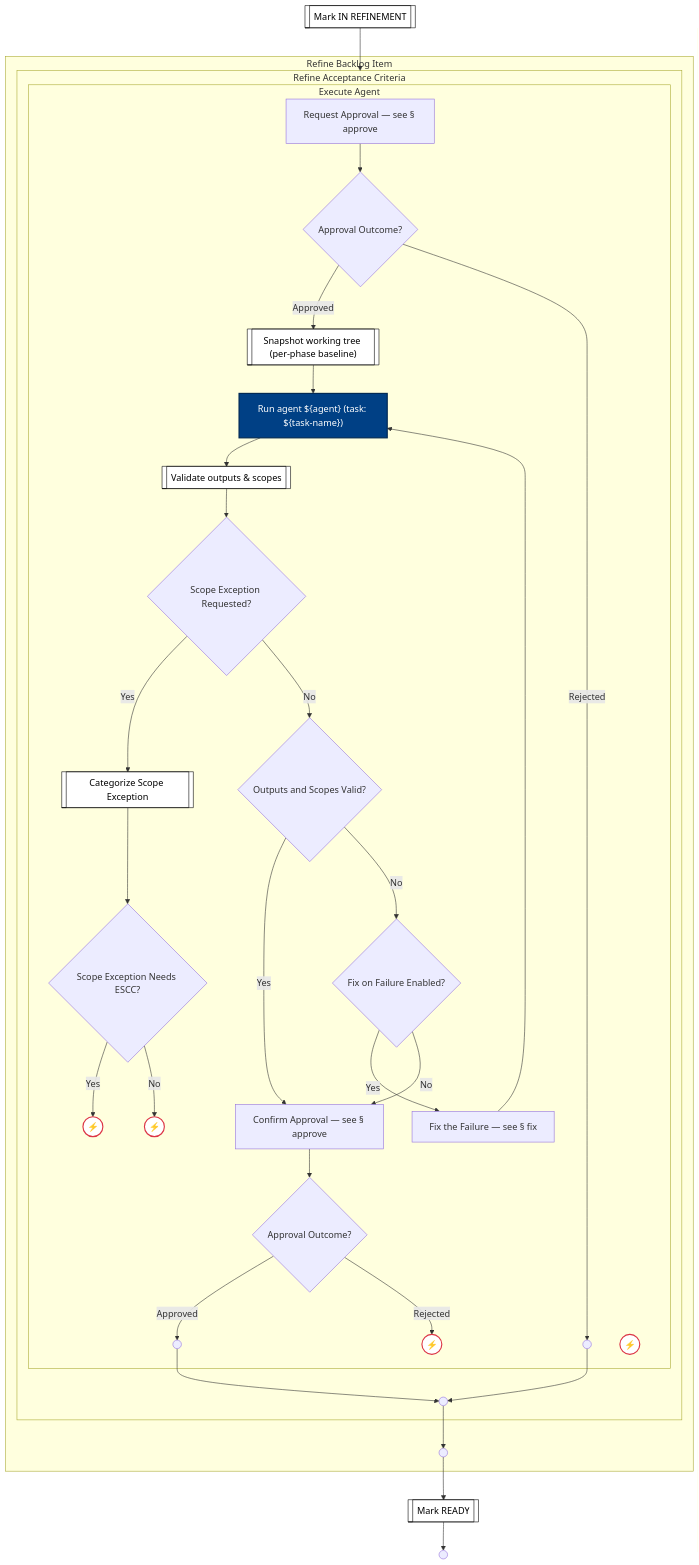
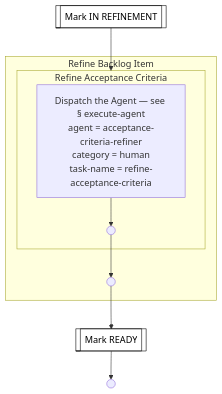
One commit to optivem/gh-optivem changed the third of 5 diagrams in docs/process-diagram-expanded.md. Above: the diagram before and after it, drawn with Mermaid. The commit also changed other lines of this file and 2 other files, not shown here.

Commit message:
diagram: cap process-diagram-expanded to depth=2; fix CI staleness check for expanded file

````diff
--- a/docs/process-diagram-expanded.md
+++ b/docs/process-diagram-expanded.md
@@ -306,68 +163,22 @@
 ```mermaid
 flowchart TD
     MARK_IN_REFINEMENT[[Mark IN REFINEMENT]]
     MARK_READY[[Mark READY]]
     REFINE_TICKET_END(( ))
     subgraph REFINE_BACKLOG_ITEM[Refine Backlog Item]
     REFINE_BACKLOG_ITEM__REFINE_BACKLOG_ITEM_END(( ))
     subgraph REFINE_BACKLOG_ITEM__REFINE_ACCEPTANCE_CRITERIA[Refine Acceptance Criteria]
+    REFINE_BACKLOG_ITEM__REFINE_ACCEPTANCE_CRITERIA__EXECUTE_AGENT["Dispatch the Agent — see § execute-agent<br/>agent = acceptance-criteria-refiner<br/>category = human<br/>task-name = refine-acceptance-criteria"]
     REFINE_BACKLOG_ITEM__REFINE_ACCEPTANCE_CRITERIA__REFINE_AC_END(( ))
-    subgraph REFINE_BACKLOG_ITEM__REFINE_ACCEPTANCE_CRITERIA__EXECUTE_AGENT[Execute Agent]
-    REFINE_BACKLOG_ITEM__REFINE_ACCEPTANCE_CRITERIA__EXECUTE_AGENT__APPROVE_PRE[Request Approval — see § approve]
-    REFINE_BACKLOG_ITEM__REFINE_ACCEPTANCE_CRITERIA__EXECUTE_AGENT__GATE_APPROVED_PRE{Approval Outcome?}
-    REFINE_BACKLOG_ITEM__REFINE_ACCEPTANCE_CRITERIA__EXECUTE_AGENT__SNAPSHOT_WORKING_TREE[["Snapshot working tree (per-phase baseline)"]]
-    REFINE_BACKLOG_ITEM__REFINE_ACCEPTANCE_CRITERIA__EXECUTE_AGENT__EXECUTE_AGENT_REJECTED_END(( ))
-    REFINE_BACKLOG_ITEM__REFINE_ACCEPTANCE_CRITERIA__EXECUTE_AGENT__RUN_AGENT["Run agent ${agent} (task: ${task-name})"]
-    REFINE_BACKLOG_ITEM__REFINE_ACCEPTANCE_CRITERIA__EXECUTE_AGENT__VALIDATE_OUTPUTS_AND_SCOPES[["Validate outputs & scopes"]]
-    REFINE_BACKLOG_ITEM__REFINE_ACCEPTANCE_CRITERIA__EXECUTE_AGENT__GATE_SCOPE_EXCEPTION_REQUESTED{Scope Exception Requested?}
-    REFINE_BACKLOG_ITEM__REFINE_ACCEPTANCE_CRITERIA__EXECUTE_AGENT__CATEGORIZE_SCOPE_EXCEPTION[[Categorize Scope Exception]]
-    REFINE_BACKLOG_ITEM__REFINE_ACCEPTANCE_CRITERIA__EXECUTE_AGENT__GATE_OUTPUTS_AND_SCOPES_VALID{Outputs and Scopes Valid?}
-    REFINE_BACKLOG_ITEM__REFINE_ACCEPTANCE_CRITERIA__EXECUTE_AGENT__GATE_SCOPE_EXCEPTION_NEEDS_ESCC{Scope Exception Needs ESCC?}
-    REFINE_BACKLOG_ITEM__REFINE_ACCEPTANCE_CRITERIA__EXECUTE_AGENT__APPROVE_POST[Confirm Approval — see § approve]
-    REFINE_BACKLOG_ITEM__REFINE_ACCEPTANCE_CRITERIA__EXECUTE_AGENT__GATE_FIX_ON_FAILURE{Fix on Failure Enabled?}
-    REFINE_BACKLOG_ITEM__REFINE_ACCEPTANCE_CRITERIA__EXECUTE_AGENT__ESCC_UNDECLARED_HALT((⚡))
-    REFINE_BACKLOG_ITEM__REFINE_ACCEPTANCE_CRITERIA__EXECUTE_AGENT__STOP_SCOPE_VIOLATION((⚡))
-    REFINE_BACKLOG_ITEM__REFINE_ACCEPTANCE_CRITERIA__EXECUTE_AGENT__GATE_APPROVED_POST{Approval Outcome?}
-    REFINE_BACKLOG_ITEM__REFINE_ACCEPTANCE_CRITERIA__EXECUTE_AGENT__FIX[Fix the Failure — see § fix]
-    REFINE_BACKLOG_ITEM__REFINE_ACCEPTANCE_CRITERIA__EXECUTE_AGENT__EXECUTE_AGENT_END(( ))
-    REFINE_BACKLOG_ITEM__REFINE_ACCEPTANCE_CRITERIA__EXECUTE_AGENT__EXECUTE_AGENT_OUTPUT_REJECTED_END((⚡))
-    REFINE_BACKLOG_ITEM__REFINE_ACCEPTANCE_CRITERIA__EXECUTE_AGENT__AGENT_FIX_EXHAUSTED((⚡))
-    end
     end
     end
 
-    REFINE_BACKLOG_ITEM__REFINE_ACCEPTANCE_CRITERIA__EXECUTE_AGENT__APPROVE_PRE --> REFINE_BACKLOG_ITEM__REFINE_ACCEPTANCE_CRITERIA__EXECUTE_AGENT__GATE_APPROVED_PRE
-    REFINE_BACKLOG_ITEM__REFINE_ACCEPTANCE_CRITERIA__EXECUTE_AGENT__GATE_APPROVED_PRE -- Approved --> REFINE_BACKLOG_ITEM__REFINE_ACCEPTANCE_CRITERIA__EXECUTE_AGENT__SNAPSHOT_WORKING_TREE
-    REFINE_BACKLOG_ITEM__REFINE_ACCEPTANCE_CRITERIA__EXECUTE_AGENT__GATE_APPROVED_PRE -- Rejected --> REFINE_BACKLOG_ITEM__REFINE_ACCEPTANCE_CRITERIA__EXECUTE_AGENT__EXECUTE_AGENT_REJECTED_END
-    REFINE_BACKLOG_ITEM__REFINE_ACCEPTANCE_CRITERIA__EXECUTE_AGENT__SNAPSHOT_WORKING_TREE --> REFINE_BACKLOG_ITEM__REFINE_ACCEPTANCE_CRITERIA__EXECUTE_AGENT__RUN_AGENT
-    REFINE_BACKLOG_ITEM__REFINE_ACCEPTANCE_CRITERIA__EXECUTE_AGENT__RUN_AGENT --> REFINE_BACKLOG_ITEM__REFINE_ACCEPTANCE_CRITERIA__EXECUTE_AGENT__VALIDATE_OUTPUTS_AND_SCOPES
-    REFINE_BACKLOG_ITEM__REFINE_ACCEPTANCE_CRITERIA__EXECUTE_AGENT__VALIDATE_OUTPUTS_AND_SCOPES --> REFINE_BACKLOG_ITEM__REFINE_ACCEPTANCE_CRITERIA__EXECUTE_AGENT__GATE_SCOPE_EXCEPTION_REQUESTED
-    REFINE_BACKLOG_ITEM__REFINE_ACCEPTANCE_CRITERIA__EXECUTE_AGENT__GATE_SCOPE_EXCEPTION_REQUESTED -- Yes --> REFINE_BACKLOG_ITEM__REFINE_ACCEPTANCE_CRITERIA__EXECUTE_AGENT__CATEGORIZE_SCOPE_EXCEPTION
-    REFINE_BACKLOG_ITEM__REFINE_ACCEPTANCE_CRITERIA__EXECUTE_AGENT__GATE_SCOPE_EXCEPTION_REQUESTED -- No --> REFINE_BACKLOG_ITEM__REFINE_ACCEPTANCE_CRITERIA__EXECUTE_AGENT__GATE_OUTPUTS_AND_SCOPES_VALID
-    REFINE_BACKLOG_ITEM__REFINE_ACCEPTANCE_CRITERIA__EXECUTE_AGENT__CATEGORIZE_SCOPE_EXCEPTION --> REFINE_BACKLOG_ITEM__REFINE_ACCEPTANCE_CRITERIA__EXECUTE_AGENT__GATE_SCOPE_EXCEPTION_NEEDS_ESCC
-    REFINE_BACKLOG_ITEM__REFINE_ACCEPTANCE_CRITERIA__EXECUTE_AGENT__GATE_SCOPE_EXCEPTION_NEEDS_ESCC -- Yes --> REFINE_BACKLOG_ITEM__REFINE_ACCEPTANCE_CRITERIA__EXECUTE_AGENT__ESCC_UNDECLARED_HALT
-    REFINE_BACKLOG_ITEM__REFINE_ACCEPTANCE_CRITERIA__EXECUTE_AGENT__GATE_SCOPE_EXCEPTION_NEEDS_ESCC -- No --> REFINE_BACKLOG_ITEM__REFINE_ACCEPTANCE_CRITERIA__EXECUTE_AGENT__STOP_SCOPE_VIOLATION
-    REFINE_BACKLOG_ITEM__REFINE_ACCEPTANCE_CRITERIA__EXECUTE_AGENT__GATE_OUTPUTS_AND_SCOPES_VALID -- Yes --> REFINE_BACKLOG_ITEM__REFINE_ACCEPTANCE_CRITERIA__EXECUTE_AGENT__APPROVE_POST
-    REFINE_BACKLOG_ITEM__REFINE_ACCEPTANCE_CRITERIA__EXECUTE_AGENT__GATE_OUTPUTS_AND_SCOPES_VALID -- No --> REFINE_BACKLOG_ITEM__REFINE_ACCEPTANCE_CRITERIA__EXECUTE_AGENT__GATE_FIX_ON_FAILURE
-    REFINE_BACKLOG_ITEM__REFINE_ACCEPTANCE_CRITERIA__EXECUTE_AGENT__GATE_FIX_ON_FAILURE -- Yes --> REFINE_BACKLOG_ITEM__REFINE_ACCEPTANCE_CRITERIA__EXECUTE_AGENT__FIX
-    REFINE_BACKLOG_ITEM__REFINE_ACCEPTANCE_CRITERIA__EXECUTE_AGENT__GATE_FIX_ON_FAILURE -- No --> REFINE_BACKLOG_ITEM__REFINE_ACCEPTANCE_CRITERIA__EXECUTE_AGENT__APPROVE_POST
-    REFINE_BACKLOG_ITEM__REFINE_ACCEPTANCE_CRITERIA__EXECUTE_AGENT__FIX --> REFINE_BACKLOG_ITEM__REFINE_ACCEPTANCE_CRITERIA__EXECUTE_AGENT__RUN_AGENT
-    REFINE_BACKLOG_ITEM__REFINE_ACCEPTANCE_CRITERIA__EXECUTE_AGENT__APPROVE_POST --> REFINE_BACKLOG_ITEM__REFINE_ACCEPTANCE_CRITERIA__EXECUTE_AGENT__GATE_APPROVED_POST
-    REFINE_BACKLOG_ITEM__REFINE_ACCEPTANCE_CRITERIA__EXECUTE_AGENT__GATE_APPROVED_POST -- Approved --> REFINE_BACKLOG_ITEM__REFINE_ACCEPTANCE_CRITERIA__EXECUTE_AGENT__EXECUTE_AGENT_END
-    REFINE_BACKLOG_ITEM__REFINE_ACCEPTANCE_CRITERIA__EXECUTE_AGENT__GATE_APPROVED_POST -- Rejected --> REFINE_BACKLOG_ITEM__REFINE_ACCEPTANCE_CRITERIA__EXECUTE_AGENT__EXECUTE_AGENT_OUTPUT_REJECTED_END
-    REFINE_BACKLOG_ITEM__REFINE_ACCEPTANCE_CRITERIA__EXECUTE_AGENT__EXECUTE_AGENT_END --> REFINE_BACKLOG_ITEM__REFINE_ACCEPTANCE_CRITERIA__REFINE_AC_END
-    REFINE_BACKLOG_ITEM__REFINE_ACCEPTANCE_CRITERIA__EXECUTE_AGENT__EXECUTE_AGENT_REJECTED_END --> REFINE_BACKLOG_ITEM__REFINE_ACCEPTANCE_CRITERIA__REFINE_AC_END
+    REFINE_BACKLOG_ITEM__REFINE_ACCEPTANCE_CRITERIA__EXECUTE_AGENT --> REFINE_BACKLOG_ITEM__REFINE_ACCEPTANCE_CRITERIA__REFINE_AC_END
     REFINE_BACKLOG_ITEM__REFINE_ACCEPTANCE_CRITERIA__REFINE_AC_END --> REFINE_BACKLOG_ITEM__REFINE_BACKLOG_ITEM_END
     MARK_IN_REFINEMENT --> REFINE_BACKLOG_ITEM__REFINE_ACCEPTANCE_CRITERIA
     REFINE_BACKLOG_ITEM__REFINE_BACKLOG_ITEM_END --> MARK_READY
     MARK_READY --> REFINE_TICKET_END
 
     classDef serviceNode fill:#ffffff,stroke:#000000,stroke-width:1px,color:#000000
-    class MARK_IN_REFINEMENT,REFINE_BACKLOG_ITEM__REFINE_ACCEPTANCE_CRITERIA__EXECUTE_AGENT__SNAPSHOT_WORKING_TREE,REFINE_BACKLOG_ITEM__REFINE_ACCEPTANCE_CRITERIA__EXECUTE_AGENT__VALIDATE_OUTPUTS_AND_SCOPES,REFINE_BACKLOG_ITEM__REFINE_ACCEPTANCE_CRITERIA__EXECUTE_AGENT__CATEGORIZE_SCOPE_EXCEPTION,MARK_READY serviceNode
-
-    classDef agentNode fill:#004085,stroke:#002752,stroke-width:2px,color:#ffffff
-    class REFINE_BACKLOG_ITEM__REFINE_ACCEPTANCE_CRITERIA__EXECUTE_AGENT__RUN_AGENT agentNode
-
-    classDef errorEndNode fill:#ffffff,stroke:#dc3545,stroke-width:2px,color:#000000
-    class REFINE_BACKLOG_ITEM__REFINE_ACCEPTANCE_CRITERIA__EXECUTE_AGENT__ESCC_UNDECLARED_HALT,REFINE_BACKLOG_ITEM__REFINE_ACCEPTANCE_CRITERIA__EXECUTE_AGENT__STOP_SCOPE_VIOLATION,REFINE_BACKLOG_ITEM__REFINE_ACCEPTANCE_CRITERIA__EXECUTE_AGENT__EXECUTE_AGENT_OUTPUT_REJECTED_END,REFINE_BACKLOG_ITEM__REFINE_ACCEPTANCE_CRITERIA__EXECUTE_AGENT__AGENT_FIX_EXHAUSTED errorEndNode
+    class MARK_IN_REFINEMENT,MARK_READY serviceNode
 ```
````
